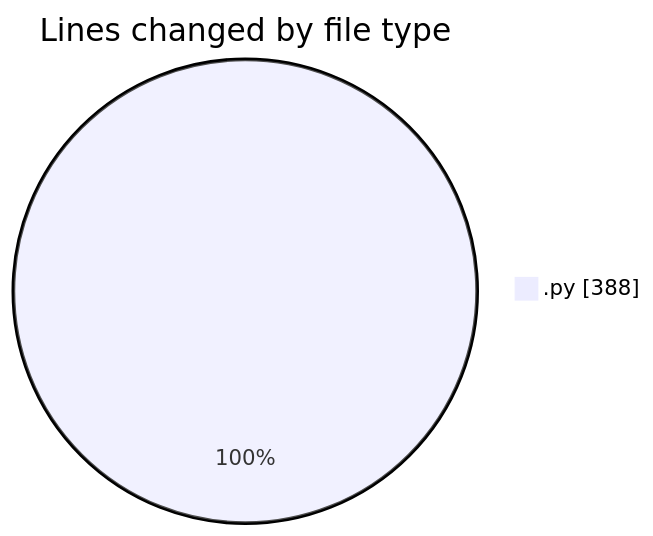
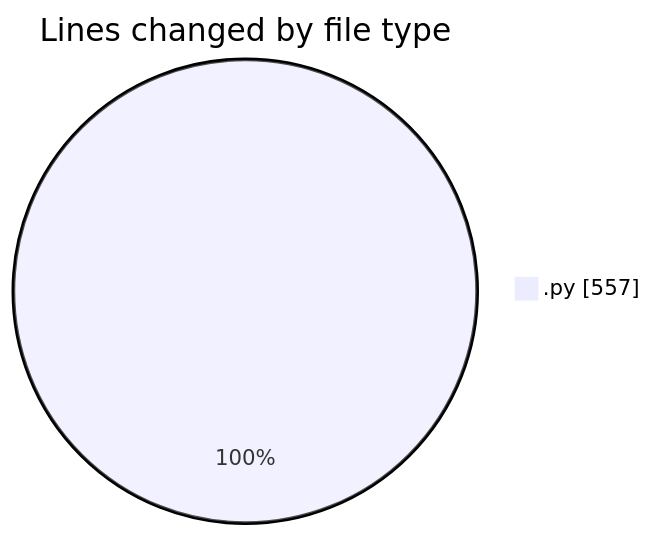
The first of 2 diagrams in 2025-07-02/cursor/README.md (FelipKnott/code-tracking), drawn with Mermaid before and after one commit. The commit also changed other lines of this file and 1 other file, not shown here.

````diff
--- a/2025-07-02/cursor/README.md
+++ b/2025-07-02/cursor/README.md
@@ -22,5 +22,5 @@
 ```mermaid
 pie showData
 title Lines changed by file type
-".py" : 388
+".py" : 557
 ```
````
